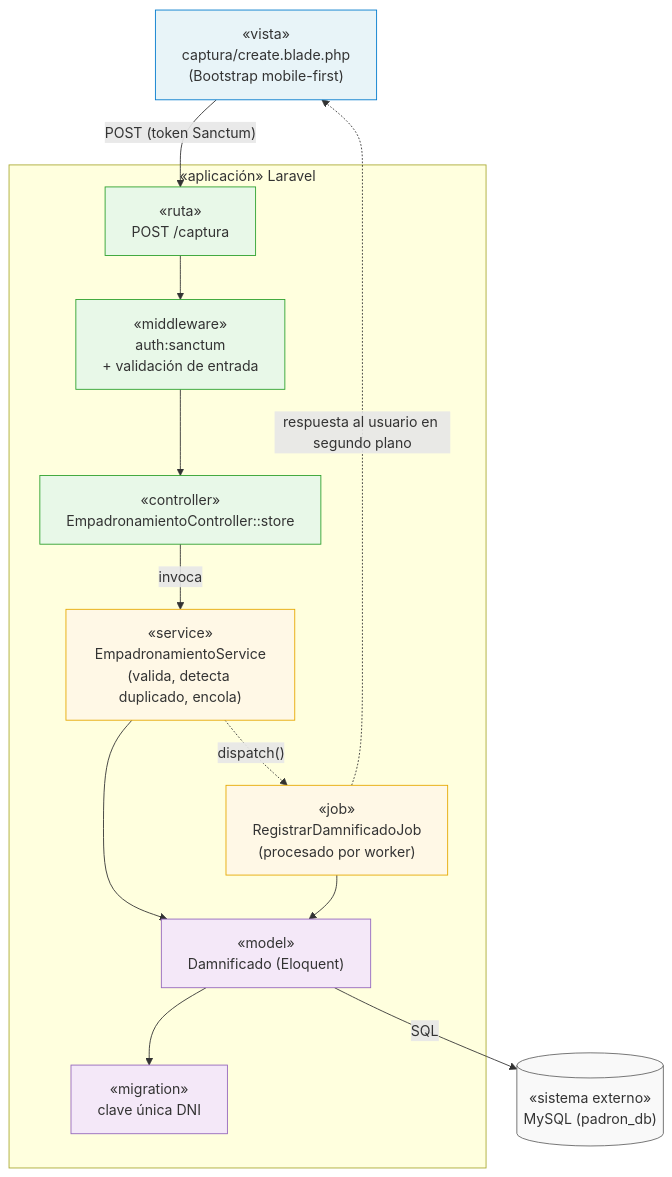
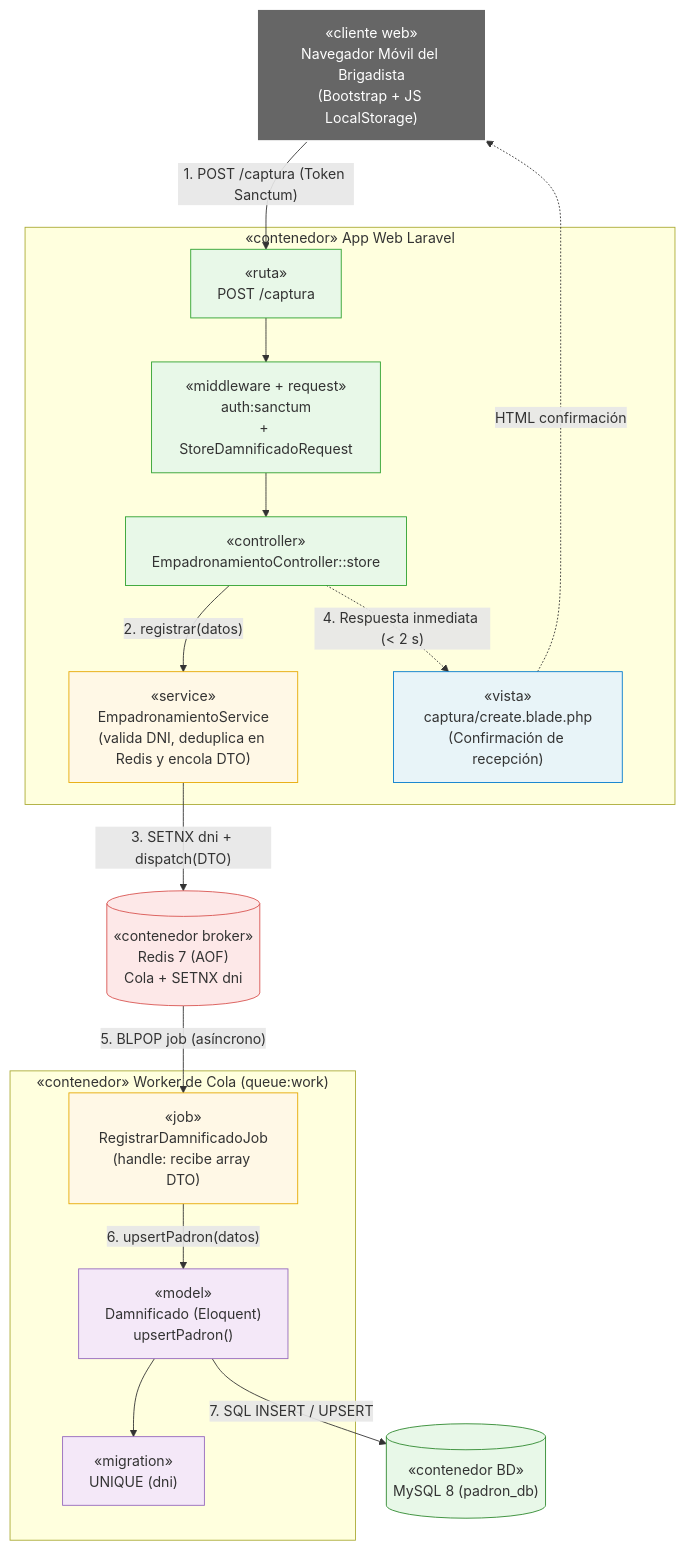
Before and after one commit to gabrielquispe27-ops/Sistema-Empadronamiento_arquiSoft_Quispe-02: the diagram in docs/02-arquitectura-software/componentes-arquitectonicos.md, drawn with Mermaid. The commit also changed other lines of this file and 31 other files, not shown here.

First line of the commit message:
docs(arquitectura): optimización C4, integración de Redis y diagramas actualizados

````diff
--- a/docs/02-arquitectura-software/componentes-arquitectonicos.md
+++ b/docs/02-arquitectura-software/componentes-arquitectonicos.md
@@ -20,34 +20,43 @@
 ```mermaid
 flowchart TD
+    classDef client fill:#666666,stroke:#fff,stroke-width:2px,color:#fff
     classDef pres fill:#e8f4f8,stroke:#007acc,stroke-width:1px,color:#333
     classDef ctrl fill:#e8f8e8,stroke:#2ca02c,stroke-width:1px,color:#333
     classDef biz fill:#fff8e6,stroke:#e6a800,stroke-width:1px,color:#333
     classDef data fill:#f4e8f8,stroke:#9467bd,stroke-width:1px,color:#333
-    classDef ext fill:#f9f9f9,stroke:#666,stroke-width:1px,color:#333
+    classDef queue fill:#fde8e8,stroke:#d9534f,stroke-width:1px,color:#333
+    classDef ext fill:#e8f8e8,stroke:#2d882d,stroke-width:1px,color:#333
 
-    V["«vista»\ncaptura/create.blade.php\n(Bootstrap mobile-first)"]:::pres
+    Nav["«cliente web»\nNavegador Móvil del Brigadista\n(Bootstrap + JS LocalStorage)"]:::client
 
-    subgraph LARAVEL ["«aplicación» Laravel"]
+    subgraph LARAVEL ["«contenedor» App Web Laravel"]
         R["«ruta»\nPOST /captura"]:::ctrl
-        MW["«middleware»\nauth:sanctum\n+ validación de entrada"]:::ctrl
+        MW["«middleware + request»\nauth:sanctum\n+ StoreDamnificadoRequest"]:::ctrl
         C["«controller»\nEmpadronamientoController::store"]:::ctrl
-        S["«service»\nEmpadronamientoService\n(valida, detecta duplicado, encola)"]:::biz
-        J["«job»\nRegistrarDamnificadoJob\n(procesado por worker)"]:::biz
-        M["«model»\nDamnificado (Eloquent)"]:::data
-        MI["«migration»\nclave única DNI"]:::data
+        V["«vista»\ncaptura/create.blade.php\n(Confirmación de recepción)"]:::pres
+        S["«service»\nEmpadronamientoService\n(valida DNI, deduplica en Redis y encola DTO)"]:::biz
     end
 
-    DB[("«sistema externo»\nMySQL (padron_db)")]:::ext
+    Redis[("«contenedor broker»\nRedis 7 (AOF)\nCola + SETNX dni")]:::queue
 
-    V -- "POST (token Sanctum)" --> R
+    subgraph WORKER ["«contenedor» Worker de Cola (queue:work)"]
+        J["«job»\nRegistrarDamnificadoJob\n(handle: recibe array DTO)"]:::biz
+        M["«model»\nDamnificado (Eloquent)\nupsertPadron()"]:::data
+        MI["«migration»\nUNIQUE (dni)"]:::data
+    end
+
+    DB[("«contenedor BD»\nMySQL 8 (padron_db)")]:::ext
+
+    Nav -- "1. POST /captura (Token Sanctum)" --> R
     R --> MW
     MW --> C
-    C -- "invoca" --> S
-    S -. "dispatch()" .-> J
-    S --> M
-    J --> M
+    C -- "2. registrar(datos)" --> S
+    S -- "3. SETNX dni + dispatch(DTO)" --> Redis
+    C -. "4. Respuesta inmediata (< 2 s)" .-> V
+    V -. "HTML confirmación" .-> Nav
+
+    Redis -- "5. BLPOP job (asíncrono)" --> J
+    J -- "6. upsertPadron(datos)" --> M
     M --> MI
-    M -- "SQL" --> DB
-
-    J -.->|"respuesta al usuario en segundo plano"| V
+    M -- "7. SQL INSERT / UPSERT" --> DB
 ```
````
